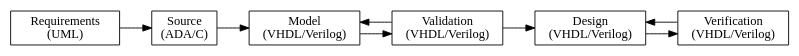
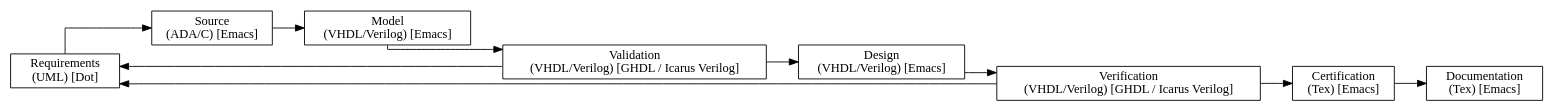
Before and after one commit to PacoReinaCampo/MPSoC-FinTech: the diagram in doc/project.dot, drawn with Graphviz. The commit also changed other lines of this file and 1698 other files, not shown here.

```diff
--- a/doc/project.dot
+++ b/doc/project.dot
@@ -1,24 +1,28 @@
 digraph Project {
   // Introduction
   graph [rankdir = LR, splines=ortho];
   node[shape=record];
 
   // Blocks
-  Requirements[label="Requirements \n(UML)"];
-  Source[label="Source \n(ADA/C)"];
-  Model[label="Model \n(VHDL/Verilog)"];
-  Validation[label="Validation \n(VHDL/Verilog)"];
-  Design[label="Design \n(VHDL/Verilog)"];
-  Verification[label="Verification \n(VHDL/Verilog)"];
+  Requirements[label="Requirements \n(UML) [Dot]"];
+  Source[label="Source \n(ADA/C) [Emacs]"];
+  Model[label="Model \n(VHDL/Verilog) [Emacs]"];
+  Validation[label="Validation \n(VHDL/Verilog) [GHDL / Icarus Verilog]"];
+  Design[label="Design \n(VHDL/Verilog) [Emacs]"];
+  Verification[label="Verification \n(VHDL/Verilog) [GHDL / Icarus Verilog]"];
+  Certification[label="Certification \n(Tex) [Emacs]"];
+  Documentation[label="Documentation \n(Tex) [Emacs]"];
 
   // Sequence
   Requirements -> Source;
   Source -> Model;
   Model -> Validation;
   Validation -> Design;
   Design -> Verification;
+  Verification -> Certification;
+  Certification -> Documentation;
 
   // Feedback
-  Validation -> Model;
-  Verification -> Design;
+  Validation -> Requirements;
+  Verification -> Requirements;
 }
```
